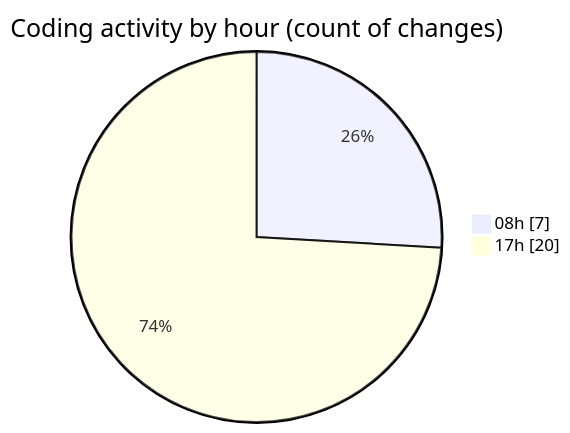
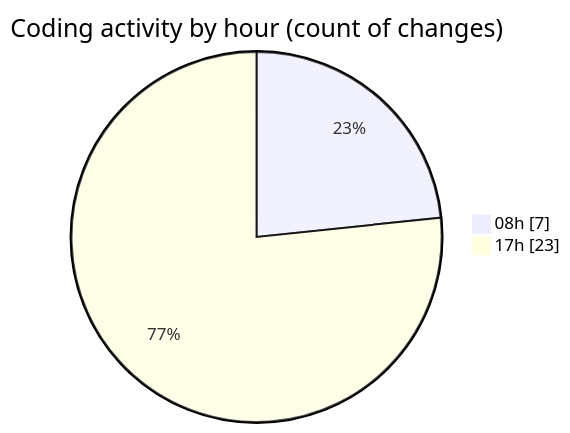
The second of 2 diagrams in 2025-02-06/mbc-web/README.md (robertbonfada/code-tracking), drawn with Mermaid before and after one commit. The commit also changed other lines of this file and 1 other file, not shown here.

````diff
--- a/2025-02-06/mbc-web/README.md
+++ b/2025-02-06/mbc-web/README.md
@@ -33,6 +33,6 @@
 ```mermaid
 pie showData
 title Coding activity by hour (count of changes)
 "08h" : 7
-"17h" : 20
+"17h" : 23
 ```
````
